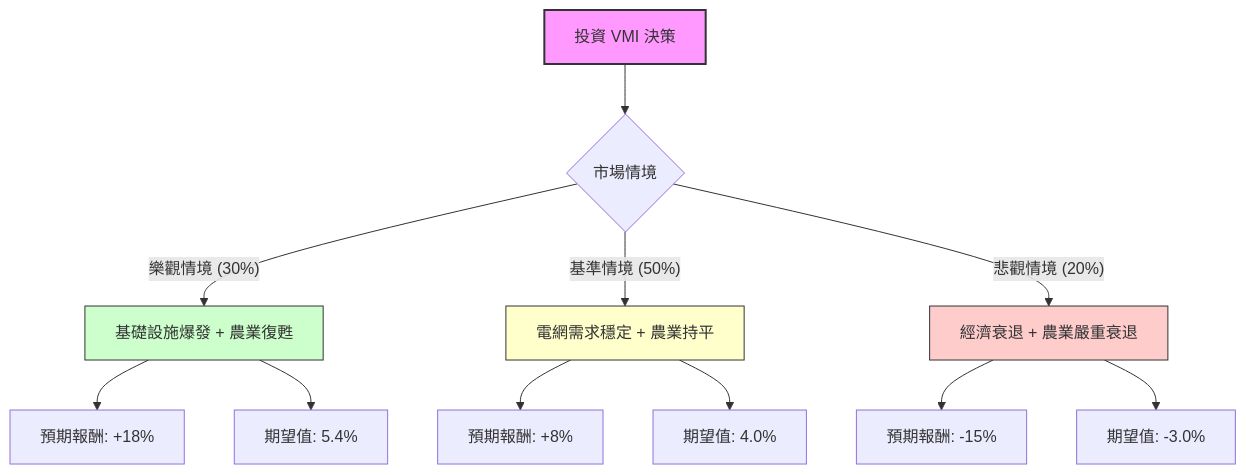
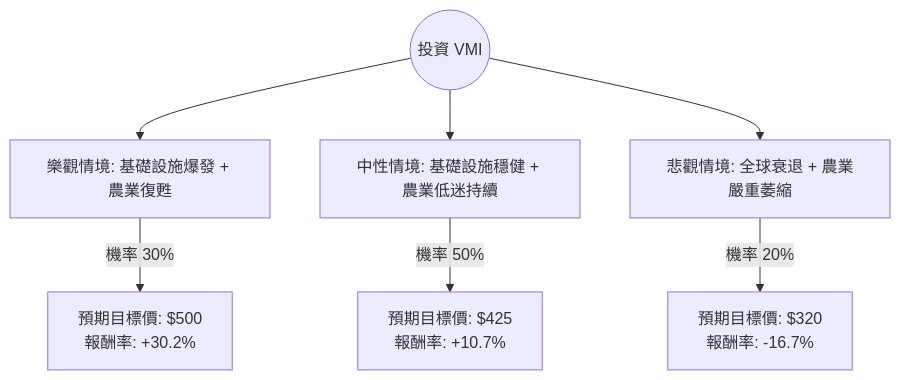
Before and after one commit to zmcx16/zmcx16.github.io: the diagram in plugin-react/ai-analysis/ev-analysis/VMI.md, drawn with Mermaid. The commit also changed other lines of this file and 75 other files, not shown here.

````diff
--- a/plugin-react/ai-analysis/ev-analysis/VMI.md
+++ b/plugin-react/ai-analysis/ev-analysis/VMI.md
@@ -22,21 +22,10 @@
 ```mermaid
 graph TD
-    A[投資 VMI 決策] --> B{市場情境}
-    
-    B -- 樂觀情境 (30%) --> C[基礎設施爆發 + 農業復甦]
-    C --> C1[預期報酬: +18%]
-    C --> C2[期望值: 5.4%]
+    Start((投資 VMI)) --> Bull[樂觀情境: 基礎設施爆發 + 農業復甦]
+    Start --> Base[中性情境: 基礎設施穩健 + 農業低迷持續]
+    Start --> Bear[悲觀情境: 全球衰退 + 農業嚴重萎縮]
 
-    B -- 基準情境 (50%) --> D[電網需求穩定 + 農業持平]
-    D --> D1[預期報酬: +8%]
-    D --> D2[期望值: 4.0%]
-
-    B -- 悲觀情境 (20%) --> E[經濟衰退 + 農業嚴重衰退]
-    E --> E1[預期報酬: -15%]
-    E --> E2[期望值: -3.0%]
-
-    style A fill:#f9f,stroke:#333,stroke-width:2px
-    style C fill:#ccffcc,stroke:#333
-    style D fill:#ffffcc,stroke:#333
-    style E fill:#ffcccc,stroke:#333
+    Bull -- "機率 30%" --> BullVal["預期目標價: $500 <br/> 報酬率: +30.2%"]
+    Base -- "機率 50%" --> BaseVal["預期目標價: $425 <br/> 報酬率: +10.7%"]
+    Bear -- "機率 20%" --> BearVal["預期目標價: $320 <br/> 報酬率: -16.7%"]
 ```
````
